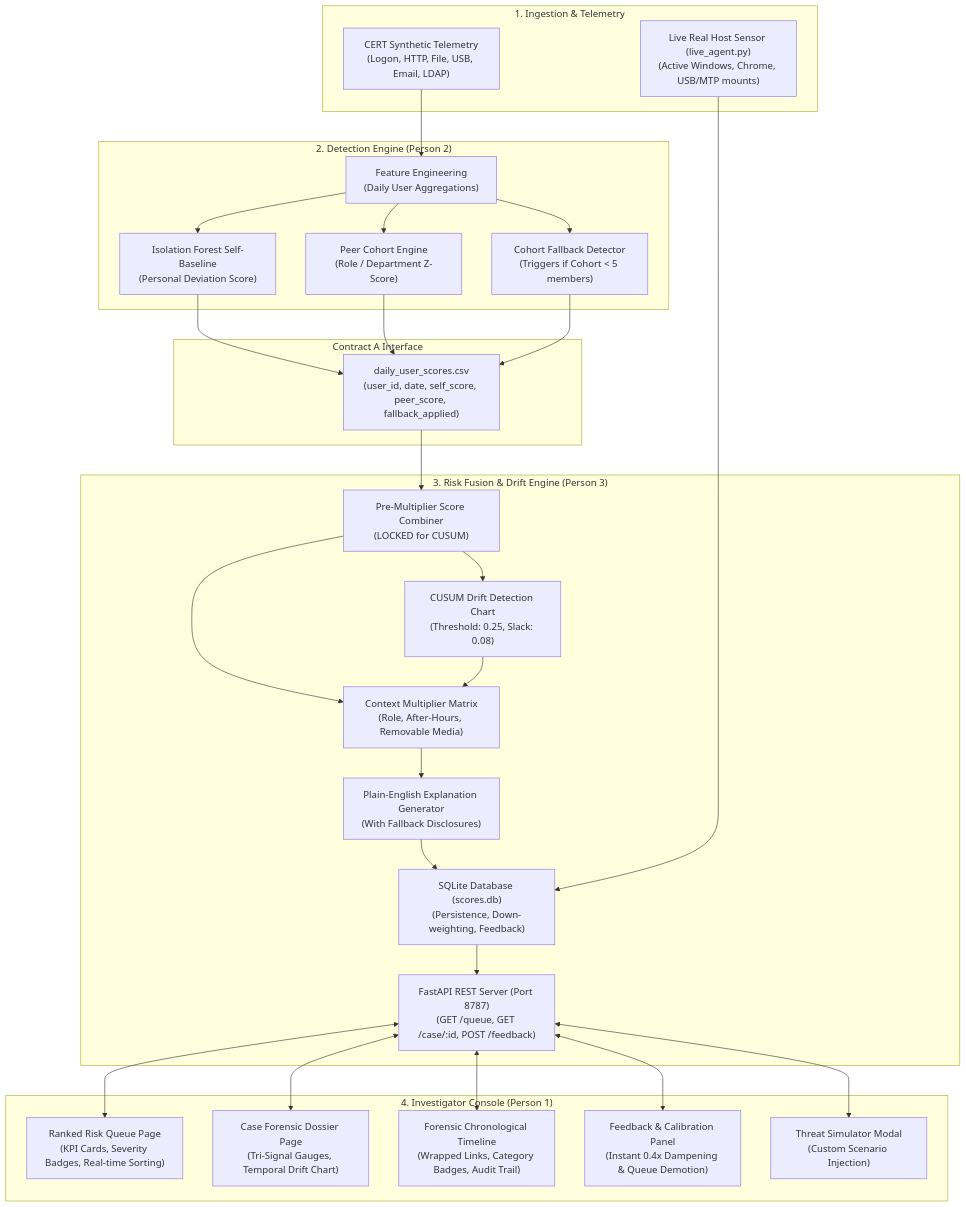
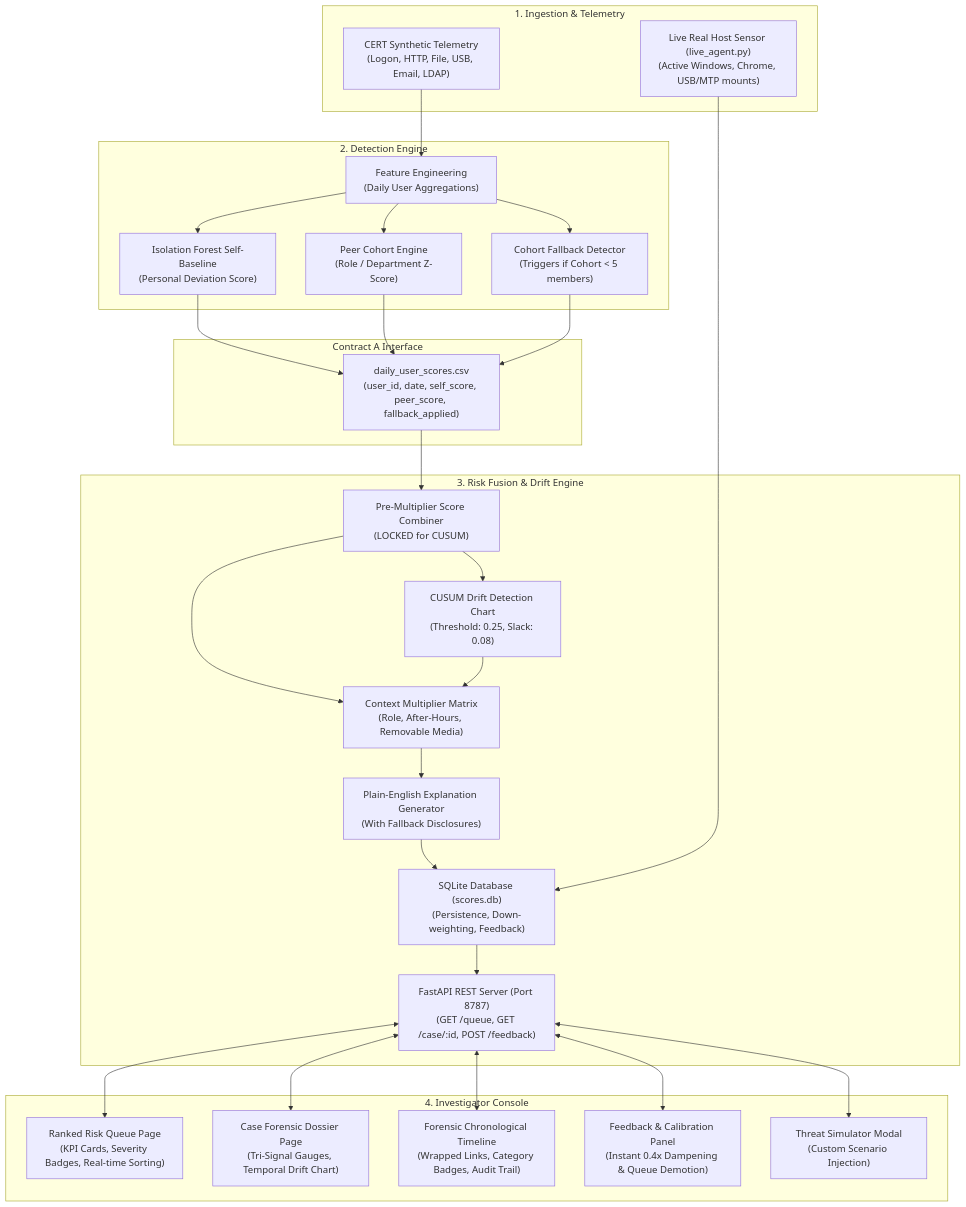
The diagram in README.md (shammazhere/mit_selection), drawn with Mermaid before and after one commit. The commit also changed other lines of this file, not shown here.

````diff
--- a/README.md
+++ b/README.md
@@ -65,44 +65,44 @@
 ```mermaid
 flowchart TD
     subgraph SENSORS ["1. Ingestion & Telemetry"]
         A1["CERT Synthetic Telemetry<br/>(Logon, HTTP, File, USB, Email, LDAP)"]
         A2["Live Real Host Sensor (live_agent.py)<br/>(Active Windows, Chrome, USB/MTP mounts)"]
     end
 
-    subgraph PERSON2 ["2. Detection Engine (Person 2)"]
+    subgraph PERSON2 ["2. Detection Engine"]
         B1["Feature Engineering<br/>(Daily User Aggregations)"]
         B2["Isolation Forest Self-Baseline<br/>(Personal Deviation Score)"]
         B3["Peer Cohort Engine<br/>(Role / Department Z-Score)"]
         B4["Cohort Fallback Detector<br/>(Triggers if Cohort < 5 members)"]
         B1 --> B2 & B3 & B4
     end
 
     subgraph CONTRACT_A ["Contract A Interface"]
         C1["daily_user_scores.csv<br/>(user_id, date, self_score, peer_score, fallback_applied)"]
     end
 
-    subgraph PERSON3 ["3. Risk Fusion & Drift Engine (Person 3)"]
+    subgraph PERSON3 ["3. Risk Fusion & Drift Engine"]
         D1["Pre-Multiplier Score Combiner<br/>(LOCKED for CUSUM)"]
         D2["CUSUM Drift Detection Chart<br/>(Threshold: 0.25, Slack: 0.08)"]
         D3["Context Multiplier Matrix<br/>(Role, After-Hours, Removable Media)"]
         D4["Plain-English Explanation Generator<br/>(With Fallback Disclosures)"]
         D5["SQLite Database (scores.db)<br/>(Persistence, Down-weighting, Feedback)"]
         D6["FastAPI REST Server (Port 8787)<br/>(GET /queue, GET /case/:id, POST /feedback)"]
         D1 --> D2
         D1 & D2 --> D3 --> D4 --> D5 --> D6
     end
 
-    subgraph PERSON1 ["4. Investigator Console (Person 1)"]
+    subgraph PERSON1 ["4. Investigator Console"]
         E1["Ranked Risk Queue Page<br/>(KPI Cards, Severity Badges, Real-time Sorting)"]
         E2["Case Forensic Dossier Page<br/>(Tri-Signal Gauges, Temporal Drift Chart)"]
         E3["Forensic Chronological Timeline<br/>(Wrapped Links, Category Badges, Audit Trail)"]
         E4["Feedback & Calibration Panel<br/>(Instant 0.4x Dampening & Queue Demotion)"]
         E5["Threat Simulator Modal<br/>(Custom Scenario Injection)"]
     end
 
     A1 --> B1
     A2 --> D5
     B2 & B3 & B4 --> C1
     C1 --> D1
     D6 <--> E1 & E2 & E3 & E4 & E5
 ```
````
